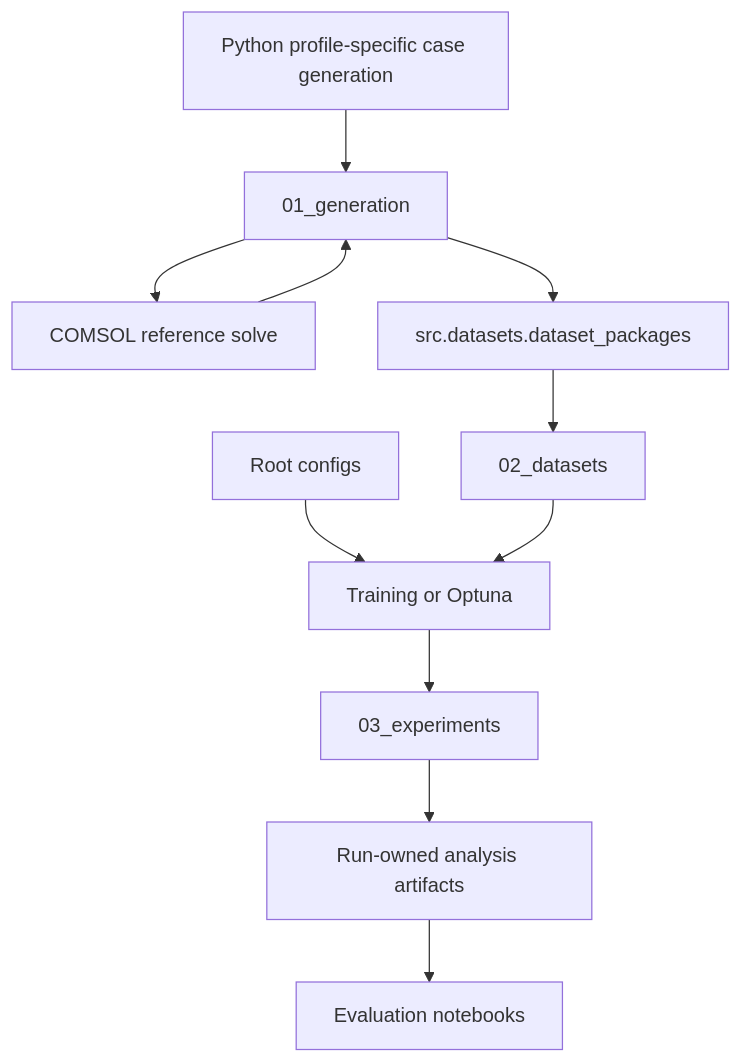
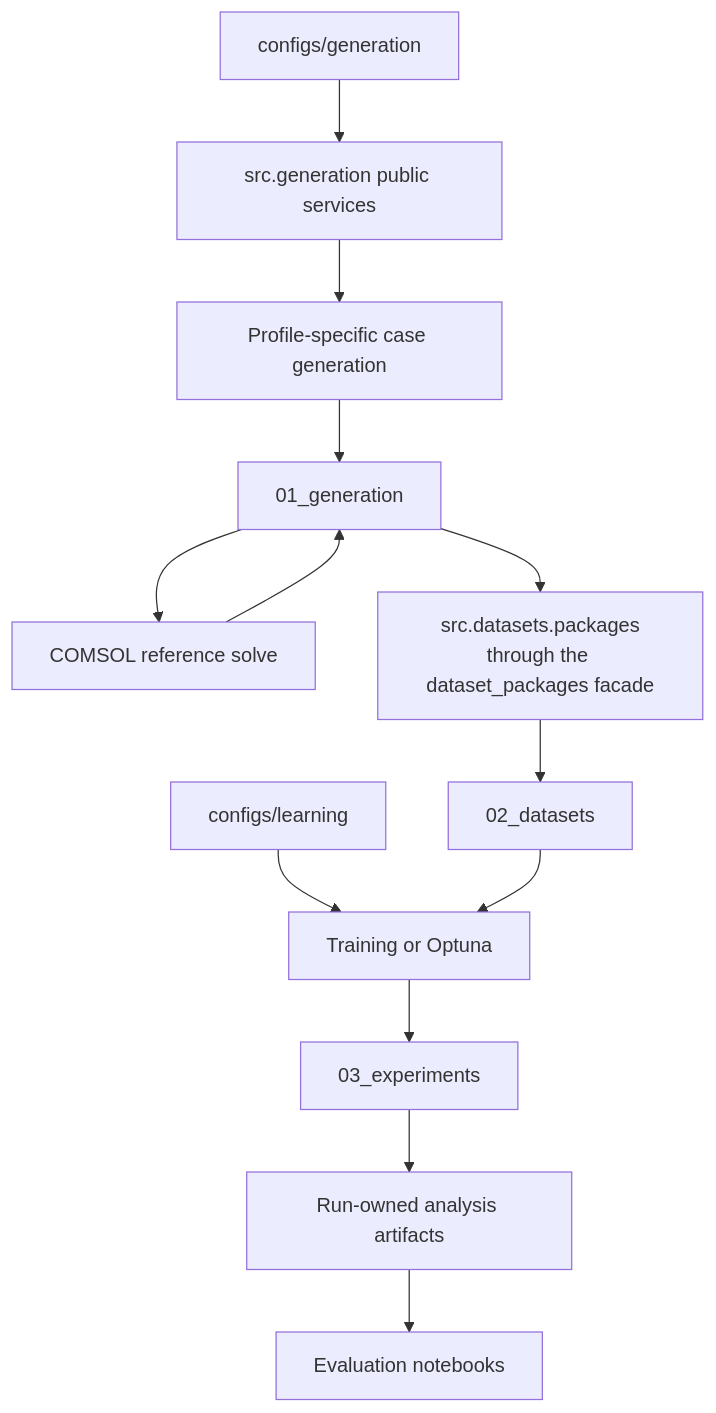
Before and after one commit to Rinovative/grainlegumes-pino-drying: the second of 2 diagrams in README.md, drawn with Mermaid. The commit also changed other lines of this file and 162 other files, not shown here.

````diff
--- a/README.md
+++ b/README.md
@@ -73,13 +73,15 @@
 ```mermaid
 flowchart TD
-    M[Python profile-specific case generation] --> G[01_generation]
+    CG[configs/generation] --> P[src.generation public services]
+    P --> M[Profile-specific case generation]
+    M --> G[01_generation]
     G --> C[COMSOL reference solve]
     C --> G
-    G --> B[src.datasets.dataset_packages]
+    G --> B[src.datasets.packages<br/>through the dataset_packages facade]
     B --> D[02_datasets]
-    X[Root configs] --> T[Training or Optuna]
+    CL[configs/learning] --> T[Training or Optuna]
     D --> T
     T --> E[03_experiments]
     E --> A[Run-owned analysis artifacts]
     A --> N[Evaluation notebooks]
 ```
````
